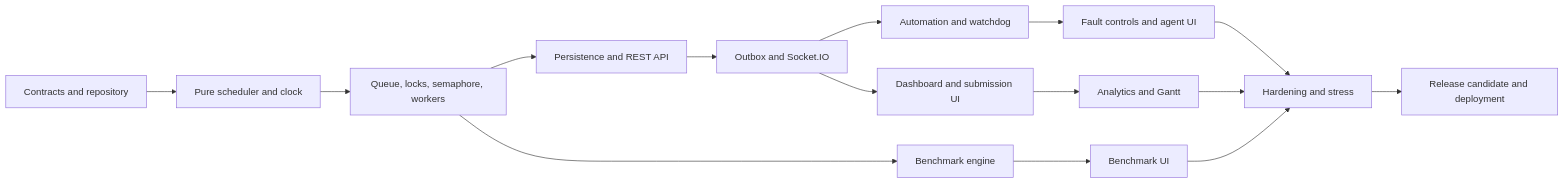
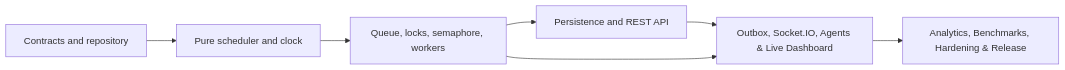
Before and after one commit to bitaryan/os_mini_project: the diagram in docs/IMPLEMENTATION_ROADMAP.md, drawn with Mermaid. The commit also changed other lines of this file and 9 other files, not shown here.

````diff
--- a/docs/IMPLEMENTATION_ROADMAP.md
+++ b/docs/IMPLEMENTATION_ROADMAP.md
@@ -20,17 +24,9 @@
 ```mermaid
 flowchart LR
   A[Contracts and repository] --> B[Pure scheduler and clock]
   B --> C[Queue, locks, semaphore, workers]
   C --> D[Persistence and REST API]
-  D --> E[Outbox and Socket.IO]
-  E --> F[Automation and watchdog]
-  E --> G[Dashboard and submission UI]
-  F --> H[Fault controls and agent UI]
-  G --> I[Analytics and Gantt]
-  C --> J[Benchmark engine]
-  J --> K[Benchmark UI]
-  H --> L[Hardening and stress]
-  I --> L
-  K --> L
-  L --> M[Release candidate and deployment]
+  D --> E[Outbox, Socket.IO, Agents & Live Dashboard]
+  C --> E
+  E --> F[Analytics, Benchmarks, Hardening & Release]
 ```
````
